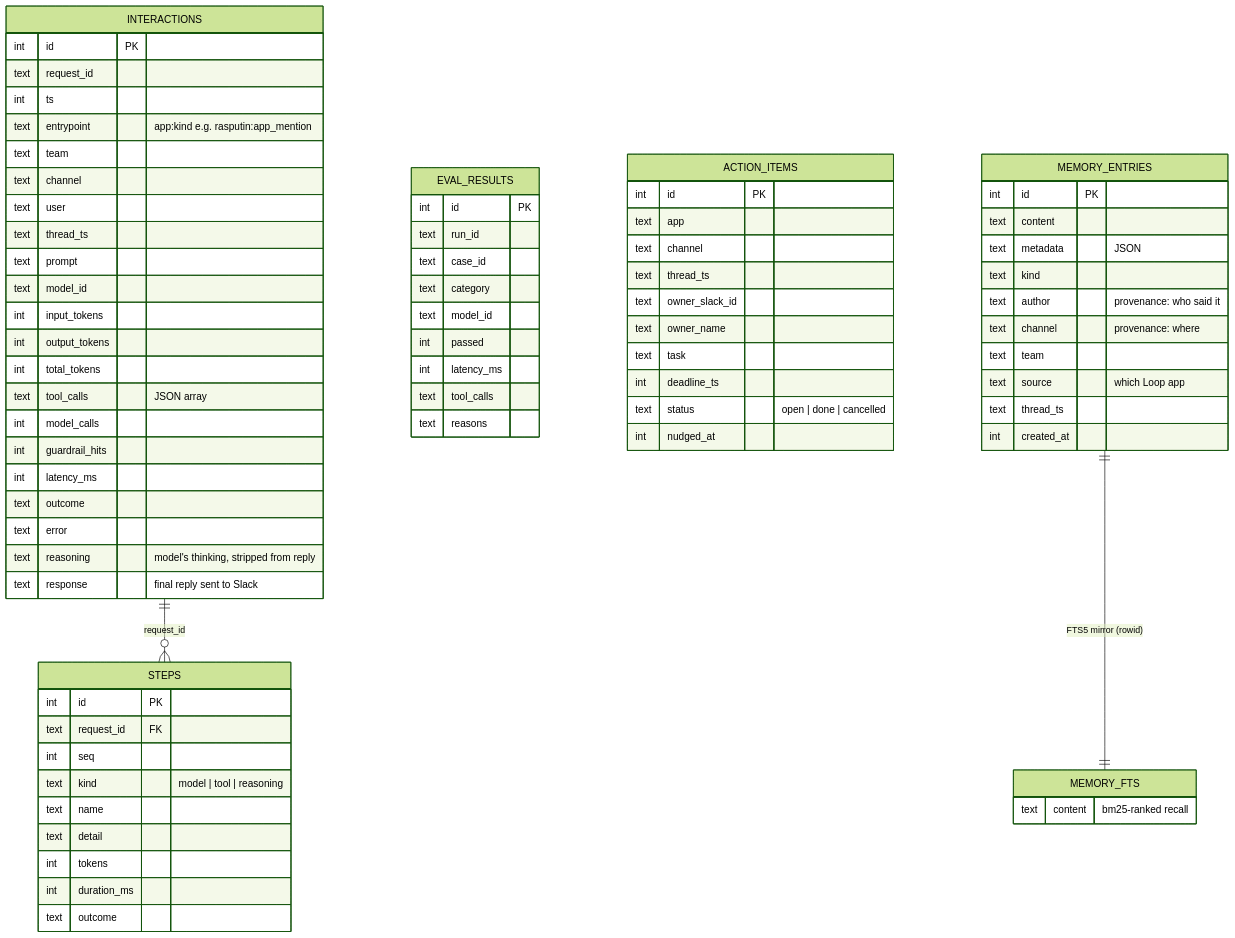
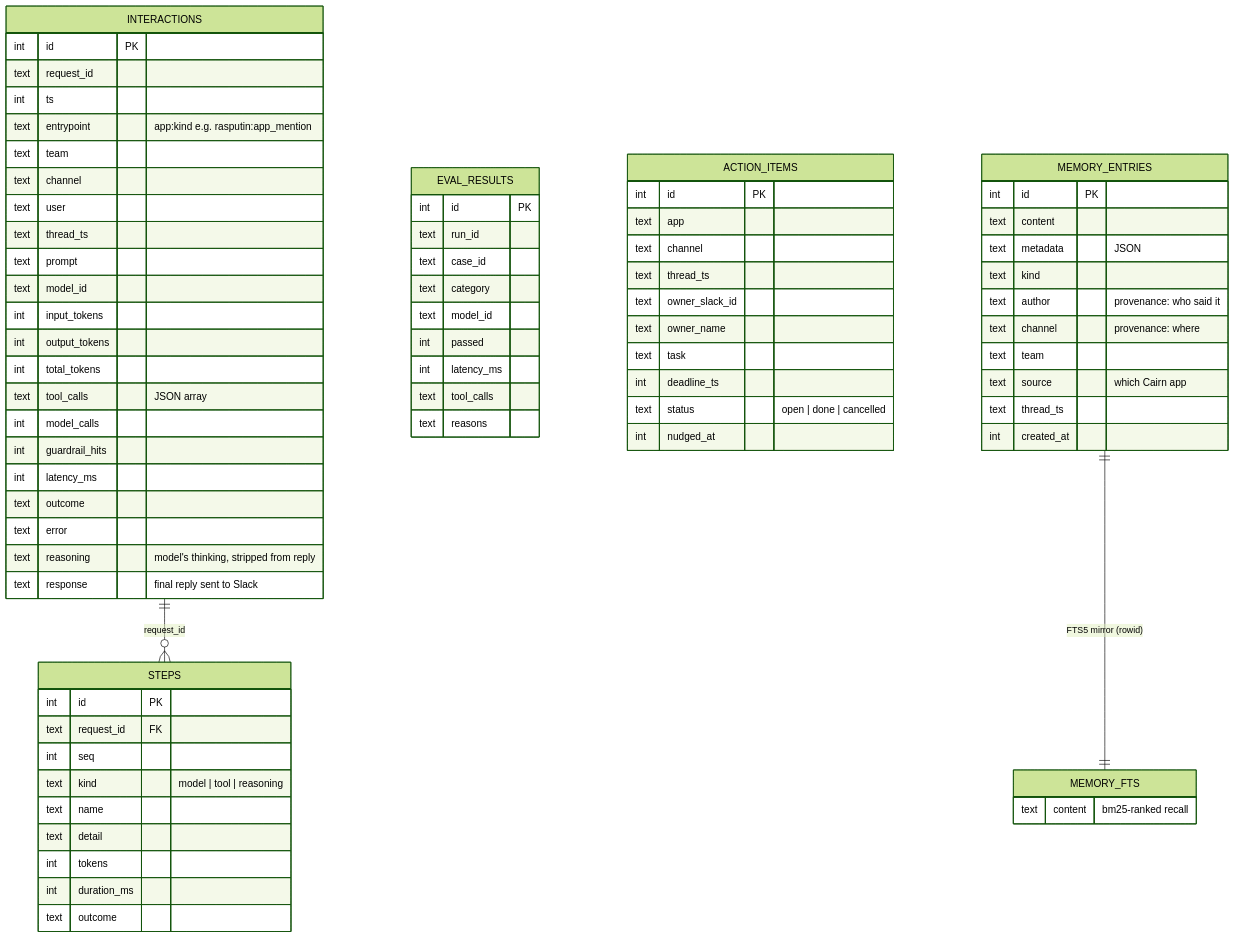
The second of 2 diagrams in README.md (Jyotisaini-2001/cairn), drawn with Mermaid (forest theme) before and after one commit. The commit also changed other lines of this file and 50 other files, not shown here.

````diff
--- a/README.md
+++ b/README.md
@@ -82,77 +116,77 @@
 ```mermaid
 erDiagram
     INTERACTIONS ||--o{ STEPS : "request_id"
     INTERACTIONS {
         int id PK
         text request_id
         int ts
         text entrypoint "app:kind e.g. rasputin:app_mention"
         text team
         text channel
         text user
         text thread_ts
         text prompt
         text model_id
         int input_tokens
         int output_tokens
         int total_tokens
         text tool_calls "JSON array"
         int model_calls
         int guardrail_hits
         int latency_ms
         text outcome
         text error
         text reasoning "model's thinking, stripped from reply"
         text response "final reply sent to Slack"
     }
     STEPS {
         int id PK
         text request_id FK
         int seq
         text kind "model | tool | reasoning"
         text name
         text detail
         int tokens
         int duration_ms
         text outcome
     }
     EVAL_RESULTS {
         int id PK
         text run_id
         text case_id
         text category
         text model_id
         int passed
         int latency_ms
         text tool_calls
         text reasons
     }
     ACTION_ITEMS {
         int id PK
         text app
         text channel
         text thread_ts
         text owner_slack_id
         text owner_name
         text task
         int deadline_ts
         text status "open | done | cancelled"
         int nudged_at
     }
     MEMORY_ENTRIES ||--|| MEMORY_FTS : "FTS5 mirror (rowid)"
     MEMORY_ENTRIES {
         int id PK
         text content
         text metadata "JSON"
         text kind
         text author "provenance: who said it"
         text channel "provenance: where"
         text team
-        text source "which Loop app"
+        text source "which Cairn app"
         text thread_ts
         int created_at
     }
     MEMORY_FTS {
         text content "bm25-ranked recall"
     }
 ```
````
